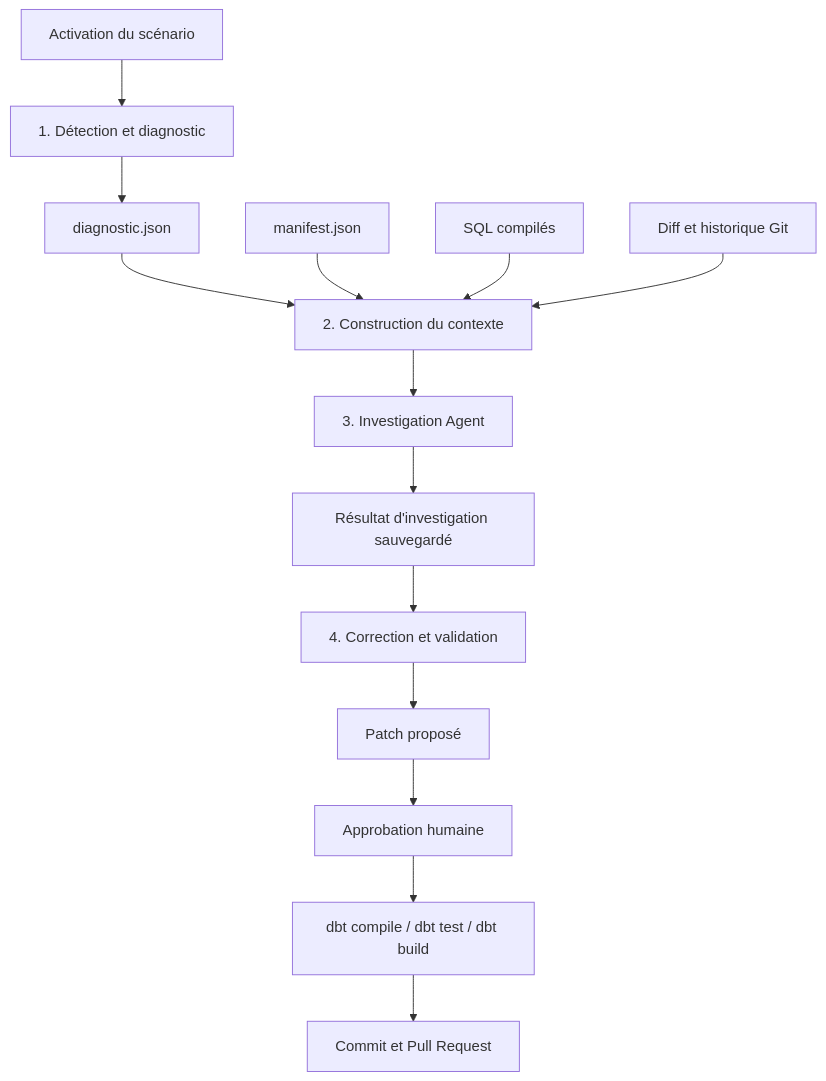
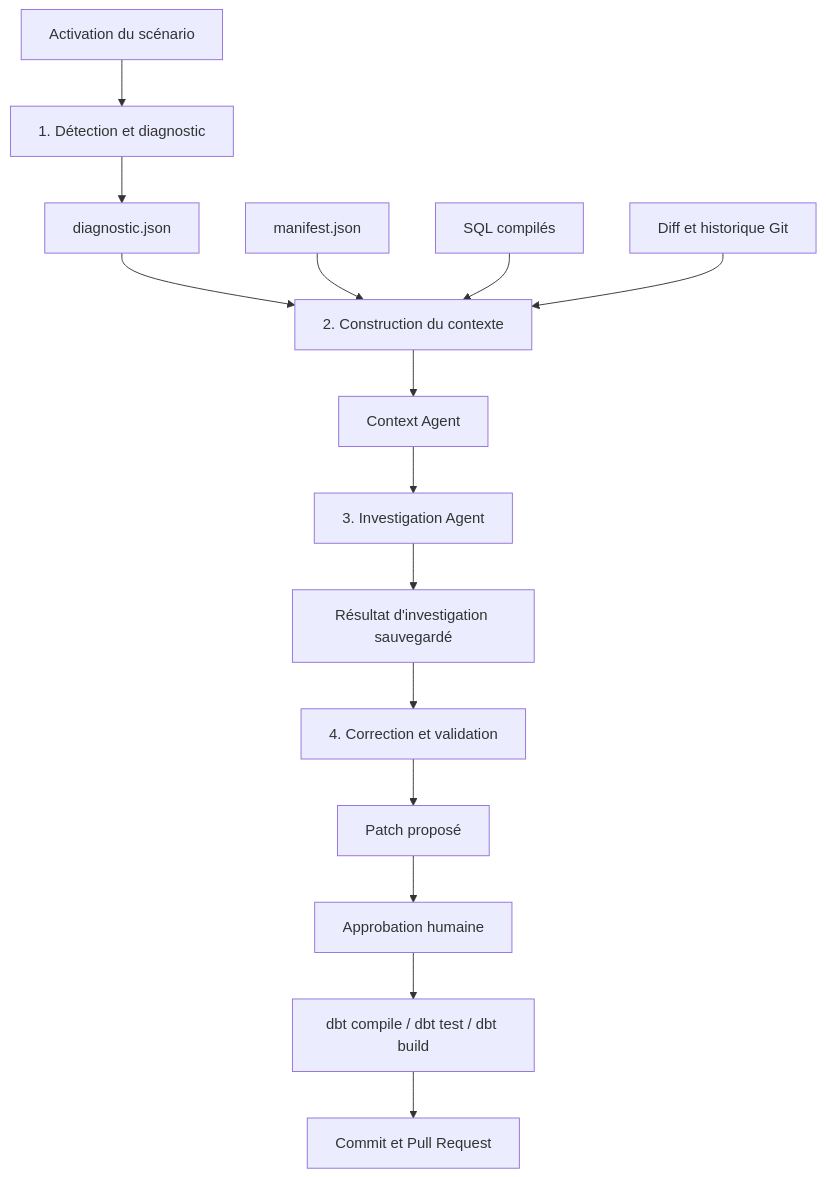
Before and after one commit to francoisle-gall-stack/data_quality_agent: the diagram in README.md, drawn with Mermaid. The commit also changed other lines of this file and 14 other files, not shown here.

Commit message:
Ajouter un Context Agent ADK pour construire sélectivement le contexte d'investigation

````diff
--- a/README.md
+++ b/README.md
@@ -38,16 +40,17 @@
 ```mermaid
 flowchart TD
     activate["Activation du scénario"] --> step1["1. Détection et diagnostic"]
     step1 --> diagnostic["diagnostic.json"]
     diagnostic --> step2["2. Construction du contexte"]
     manifest["manifest.json"] --> step2
     compiled["SQL compilés"] --> step2
     git["Diff et historique Git"] --> step2
-    step2 --> step3["3. Investigation Agent"]
+    step2 --> context["Context Agent"]
+    context --> step3["3. Investigation Agent"]
     step3 --> result["Résultat d'investigation sauvegardé"]
     result --> step4["4. Correction et validation"]
     step4 --> patch["Patch proposé"]
     patch --> approval["Approbation humaine"]
     approval --> validation["dbt compile / dbt test / dbt build"]
     validation --> pr["Commit et Pull Request"]
 ```
````
